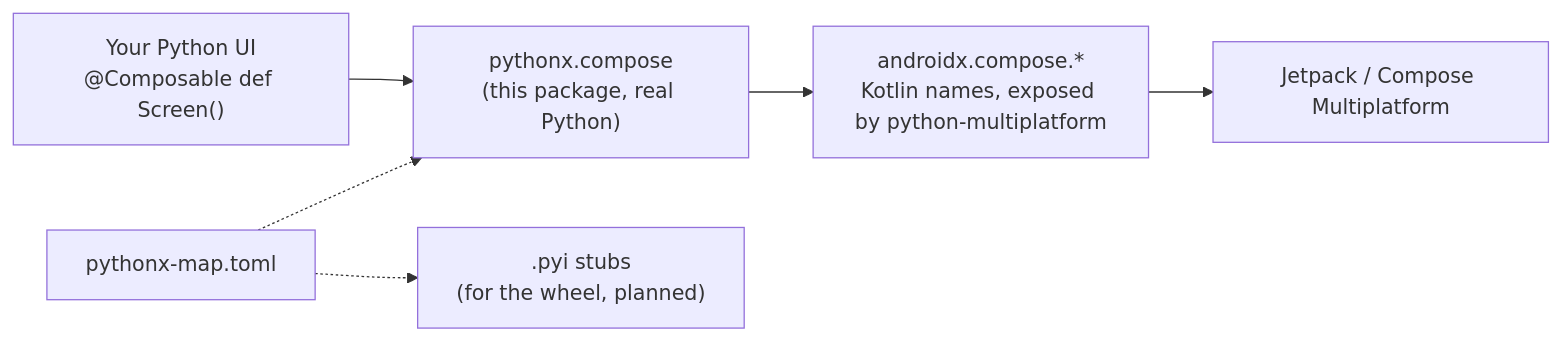
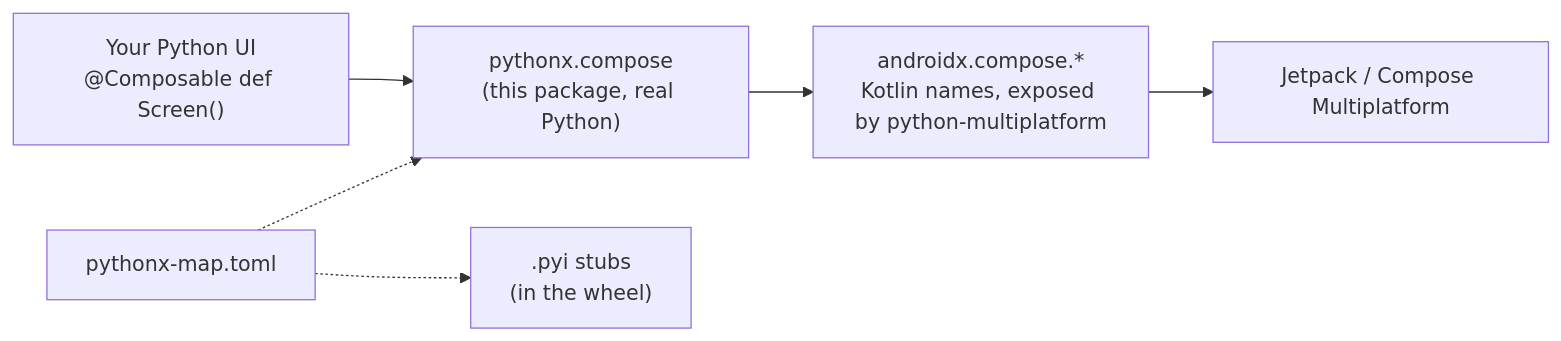
The diagram in README.md (thisisthepy/pythonx-compose), drawn with Mermaid before and after one commit. The commit also changed other lines of this file and 29 other files, not shown here.

````diff
--- a/README.md
+++ b/README.md
@@ -62,8 +62,8 @@
 ```mermaid
 flowchart LR
     app["Your Python UI<br/>@Composable def Screen()"] --> px["pythonx.compose<br/>(this package, real Python)"]
     px --> ax["androidx.compose.*<br/>Kotlin names, exposed by python-multiplatform"]
     ax --> compose["Jetpack / Compose Multiplatform"]
     map["pythonx-map.toml"] -.-> px
-    map -.-> pyi[".pyi stubs<br/>(for the wheel, planned)"]
+    map -.-> pyi[".pyi stubs<br/>(in the wheel)"]
 ```
````
